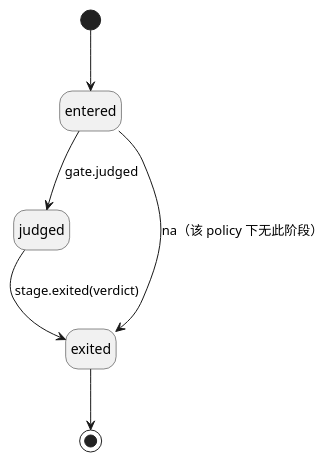
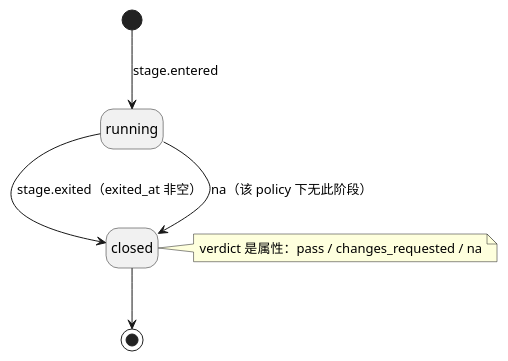
Before and after one commit to raitpor/dsh-software-dev-office: the diagram in design/diagrams/uml-state-stagerun.puml, drawn with PlantUML. The commit also changed 65 other files, not shown here.

```diff
--- a/design/diagrams/uml-state-stagerun.puml
+++ b/design/diagrams/uml-state-stagerun.puml
@@ -1,8 +1,8 @@
 @startuml
 hide empty description
-[*] --> entered
-entered --> judged : gate.judged
-judged --> exited : stage.exited(verdict)
-entered --> exited : na（该 policy 下无此阶段）
-exited --> [*]
+[*] --> running : stage.entered
+running --> closed : stage.exited（exited_at 非空）
+running --> closed : na（该 policy 下无此阶段）
+note right of closed : verdict 是属性：pass / changes_requested / na
+closed --> [*]
 @enduml
```
